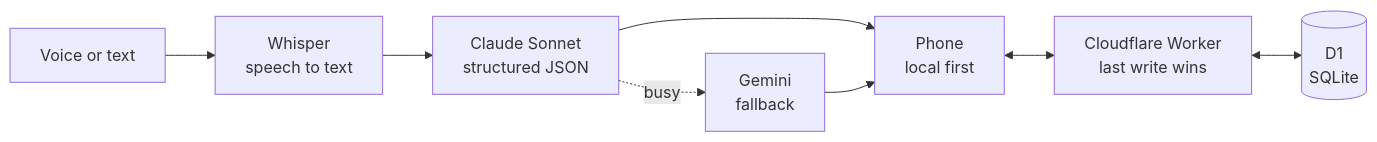
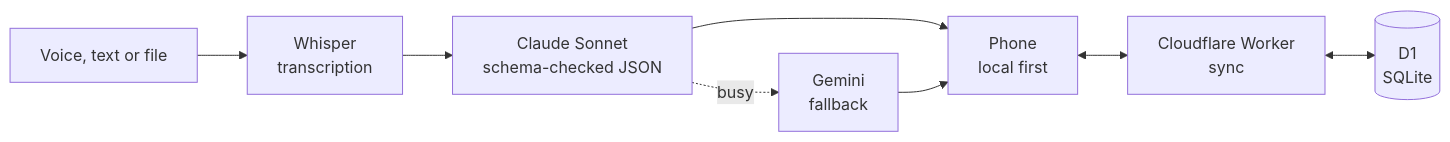
The diagram in README.md (MarcusOkodugha/exodia), drawn with Mermaid before and after one commit. The commit also changed other lines of this file and 8 other files, not shown here.

````diff
--- a/README.md
+++ b/README.md
@@ -89,10 +74,10 @@
 ```mermaid
 flowchart LR
-  Voice["Voice or text"] --> Whisper["Whisper<br/>speech to text"]
-  Whisper --> Claude["Claude Sonnet<br/>structured JSON"]
+  Voice["Voice, text or file"] --> Whisper["Whisper<br/>transcription"]
+  Whisper --> Claude["Claude Sonnet<br/>schema-checked JSON"]
   Claude -. "busy" .-> Gemini["Gemini<br/>fallback"]
   Claude --> App["Phone<br/>local first"]
   Gemini --> App
-  App <--> Sync["Cloudflare Worker<br/>last write wins"]
+  App <--> Sync["Cloudflare Worker<br/>sync"]
   Sync <--> D1[("D1<br/>SQLite")]
 ```
````
